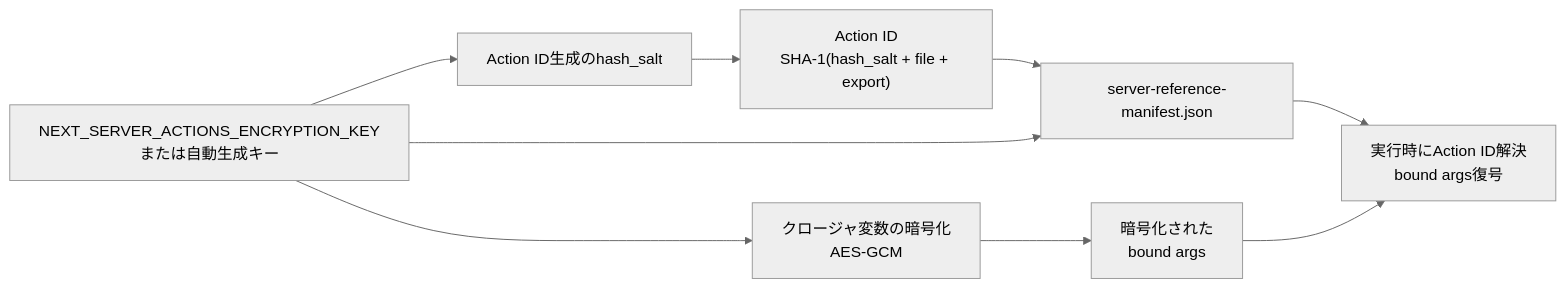
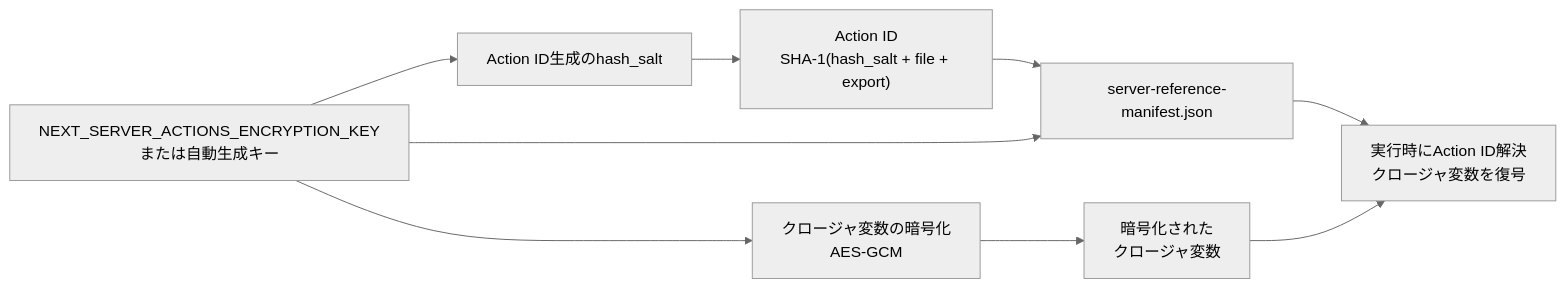
One commit to yamazaki-yuki-23/qiita-tech-blogs changed the first of 3 diagrams in public/2026-07-nextjs-server-actions-encryption-key.md. Above: the diagram before and after it, drawn with Mermaid (neutral theme). The commit also changed other lines of this file, not shown here.

````diff
--- a/public/2026-07-nextjs-server-actions-encryption-key.md
+++ b/public/2026-07-nextjs-server-actions-encryption-key.md
@@ -116,16 +88,16 @@
 ```mermaid
 flowchart LR
     key["NEXT_SERVER_ACTIONS_ENCRYPTION_KEY<br/>または自動生成キー"]
 
     key --> aes["クロージャ変数の暗号化<br/>AES-GCM"]
     key --> salt["Action ID生成のhash_salt"]
 
     salt --> actionId["Action ID<br/>SHA-1(hash_salt + file + export)"]
-    aes --> boundArgs["暗号化された<br/>bound args"]
+    aes --> closureVars["暗号化された<br/>クロージャ変数"]
 
     actionId --> manifest["server-reference-manifest.json"]
     key --> manifest
 
-    manifest --> runtime["実行時にAction ID解決<br/>bound args復号"]
-    boundArgs --> runtime
+    manifest --> runtime["実行時にAction ID解決<br/>クロージャ変数を復号"]
+    closureVars --> runtime
 ```
````
